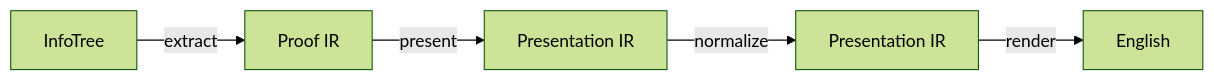
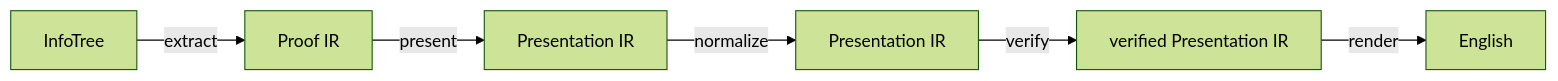
One commit to lmesh91/distill changed the diagram in docs/informalization/pipeline.md. Above: the diagram before and after it, drawn with Mermaid (forest theme). The commit also changed other lines of this file and 9 other files, not shown here.

First line of the commit message:
feat: verify every presentation before rendering; open up the kinds of phrases

````diff
--- a/docs/informalization/pipeline.md
+++ b/docs/informalization/pipeline.md
@@ -5,7 +5,8 @@
 ```mermaid
 flowchart LR
     T[InfoTree] -- extract --> P[Proof IR]
     P -- present --> R1[Presentation IR]
     R1 -- normalize --> R2[Presentation IR]
-    R2 -- render --> E[English]
+    R2 -- verify --> R3[verified Presentation IR]
+    R3 -- render --> E[English]
 ```
````
